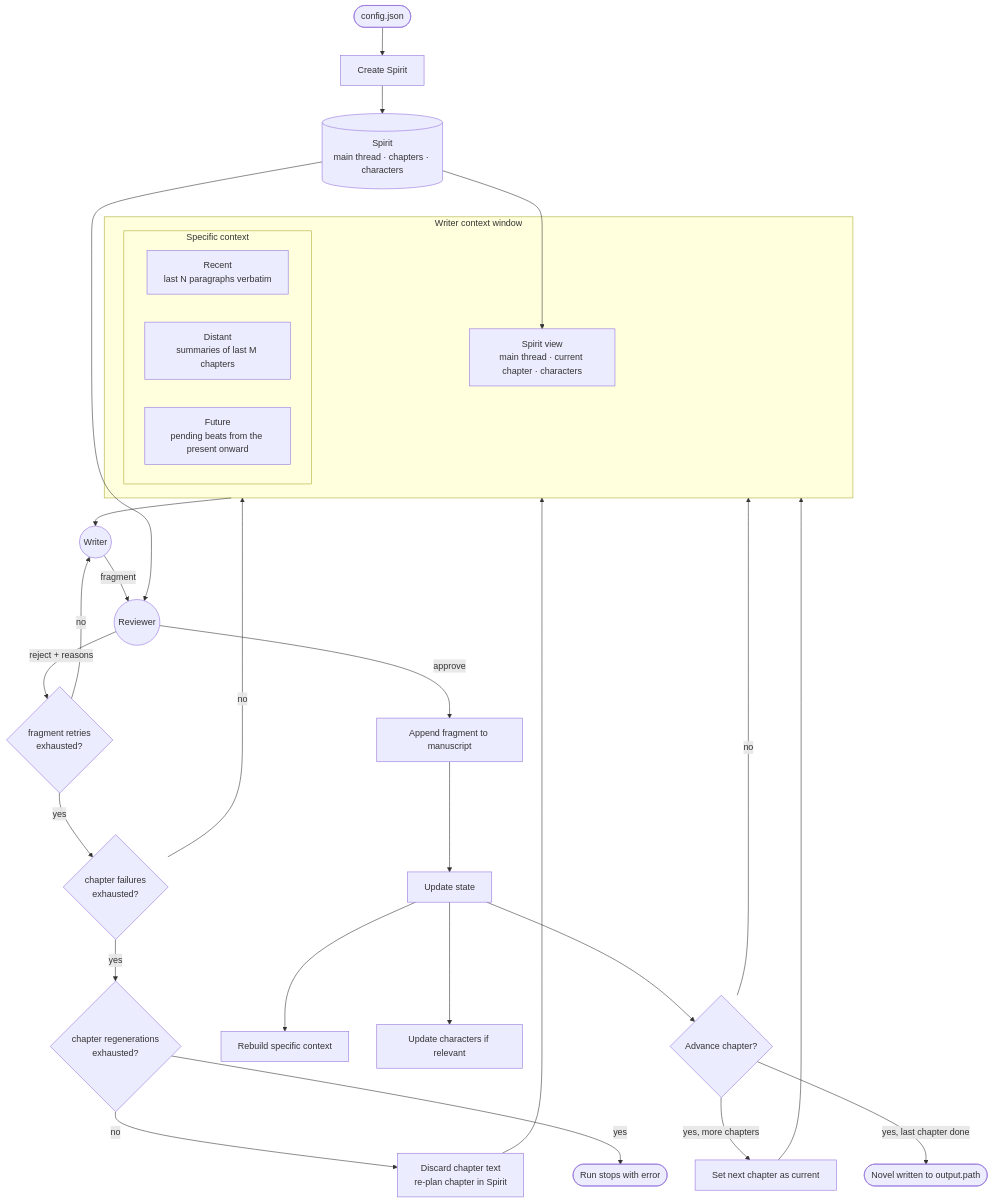
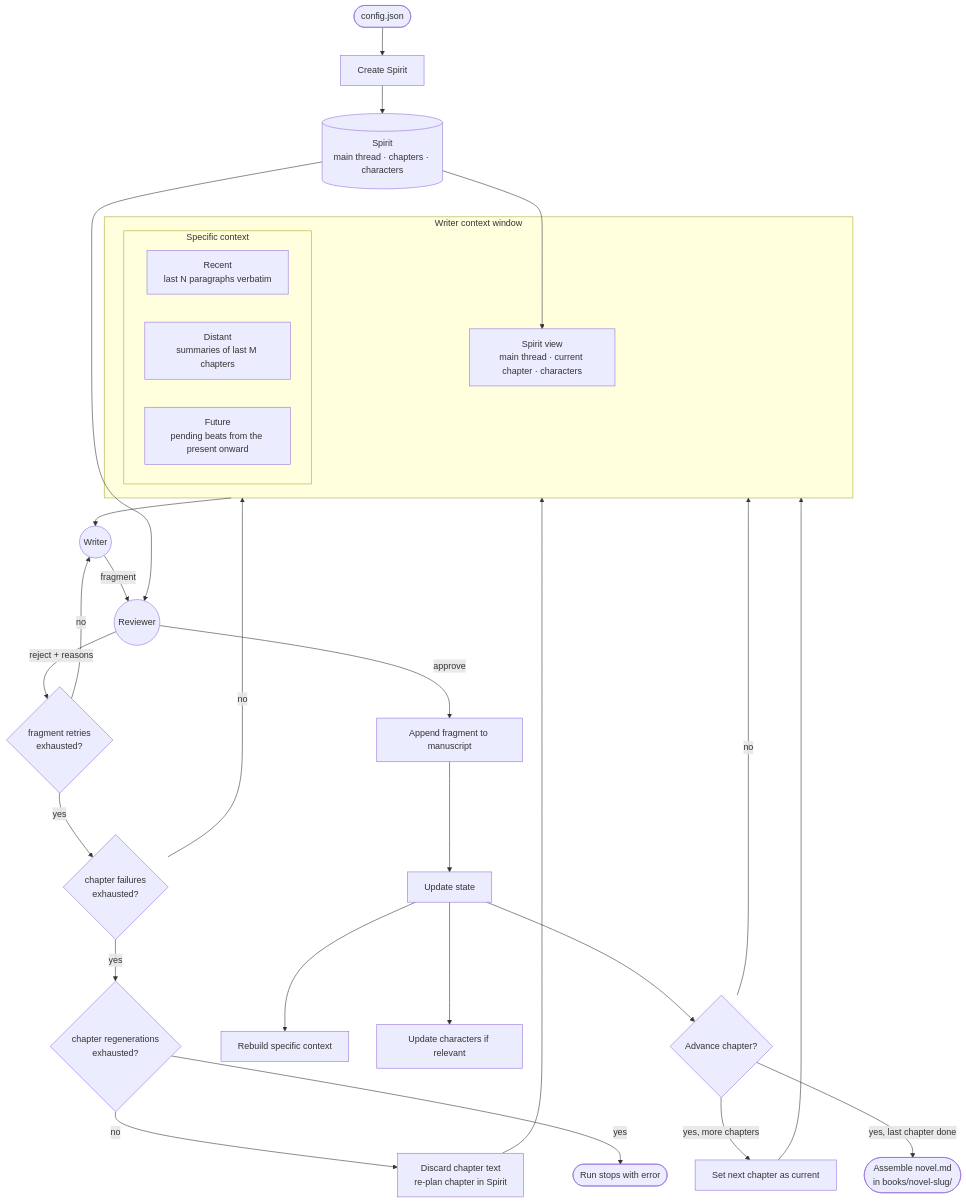
The diagram in Specs/Spec1.md (ignacio-hurtado-qaracter/My-Story-Marker), drawn with Mermaid before and after one commit. The commit also changed other lines of this file and 12 other files, not shown here.

````diff
--- a/Specs/Spec1.md
+++ b/Specs/Spec1.md
@@ -48,37 +80,37 @@
 ```mermaid
 flowchart TD
     CFG([config.json]) --> S0[Create Spirit]
     S0 --> SP[(Spirit<br/>main thread · chapters · characters)]
 
     subgraph CW[Writer context window]
         SPv[Spirit view<br/>main thread · current chapter · characters]
         subgraph SC[Specific context]
             R[Recent<br/>last N paragraphs verbatim]
             D[Distant<br/>summaries of last M chapters]
             F[Future<br/>pending beats from the present onward]
         end
     end
 
     SP --> SPv
     CW --> W((Writer))
     W -->|fragment| REV((Reviewer))
     SP --> REV
 
     REV -->|reject + reasons| RC{fragment retries<br/>exhausted?}
     RC -->|no| W
     RC -->|yes| FC{chapter failures<br/>exhausted?}
     FC -->|no| CW
     FC -->|yes| RG{chapter regenerations<br/>exhausted?}
     RG -->|no| REPLAN[Discard chapter text<br/>re-plan chapter in Spirit] --> CW
     RG -->|yes| ERR([Run stops with error])
 
     REV -->|approve| APP[Append fragment to manuscript]
 
     APP --> UPD[Update state]
     UPD --> UC[Rebuild specific context]
     UPD --> UCH[Update characters if relevant]
     UPD --> ADV{Advance chapter?}
     ADV -->|no| CW
     ADV -->|yes, more chapters| NEXT[Set next chapter as current] --> CW
-    ADV -->|yes, last chapter done| END([Novel written to output.path])
+    ADV -->|yes, last chapter done| END([Assemble novel.md<br/>in books/novel-slug/])
 ```
````
